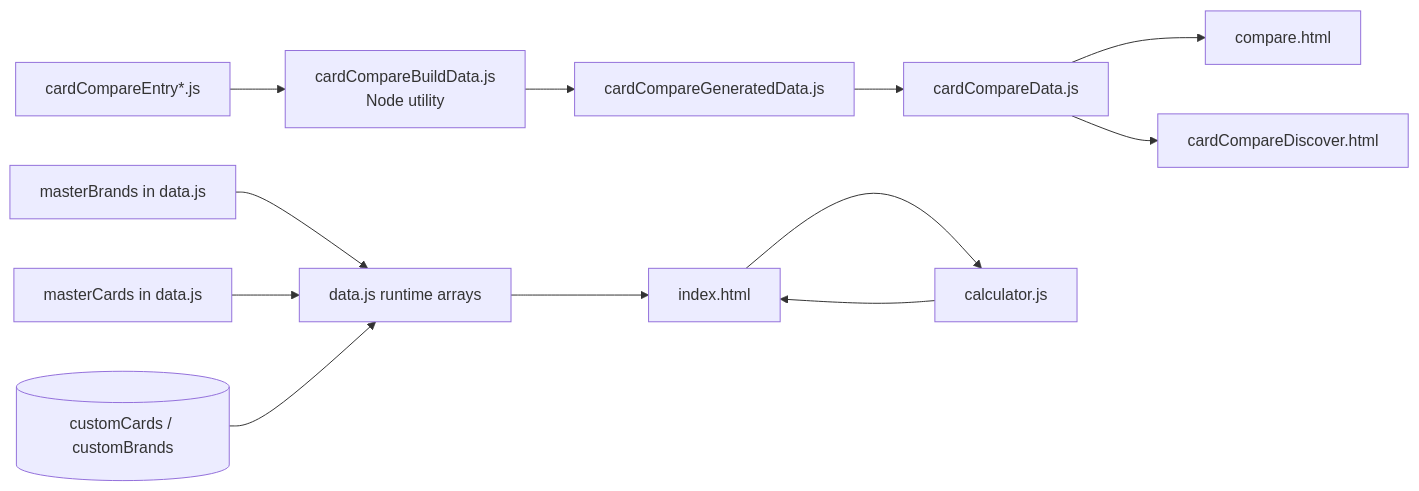
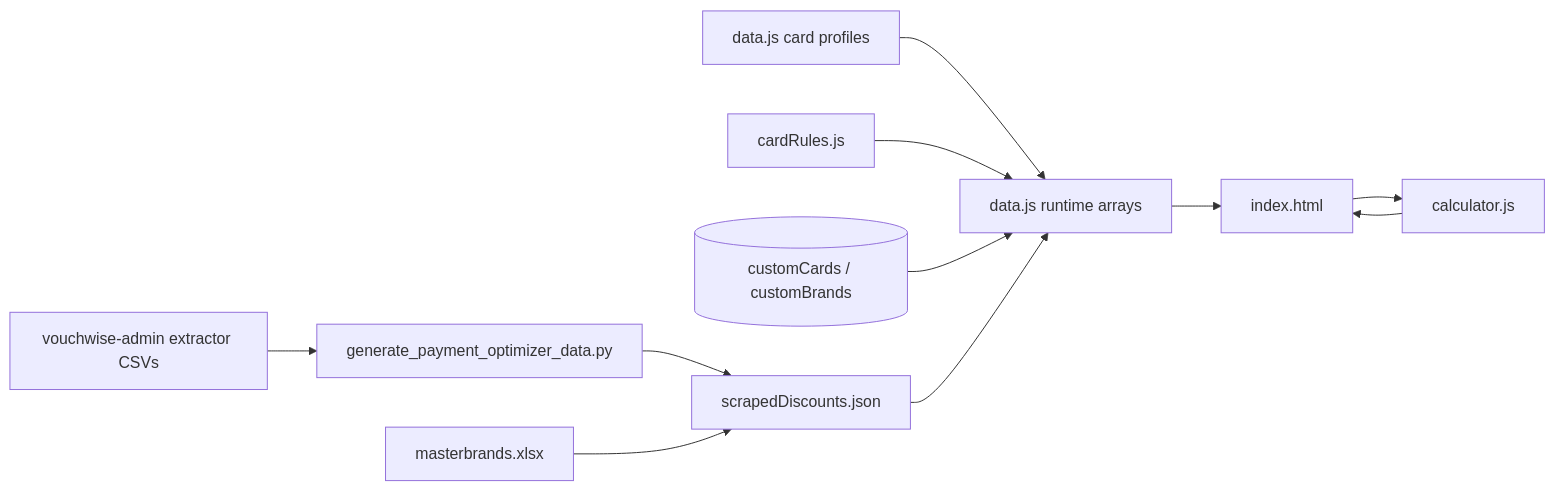
One commit to Ashwani07/voucher-discount-calculator changed the fifth of 12 diagrams in docs/RepositoryArchitecture.md. Above: the diagram before and after it, drawn with Mermaid. The commit also changed other lines of this file and 5 other files, not shown here.

Commit message:
Refine voucher reward calculations and pipeline reliability. Improve Amazon/Axis portal handling, cap disclosures, custom calculations, and architecture documentation. Remove unused scraped card data and obsolete card-comparison references.

````diff
--- a/docs/RepositoryArchitecture.md
+++ b/docs/RepositoryArchitecture.md
@@ -150,15 +119,13 @@
 ```mermaid
 flowchart LR
-    Entries[cardCompareEntry*.js] --> Build[cardCompareBuildData.js\nNode utility]
-    Build --> Generated[cardCompareGeneratedData.js]
-    Generated --> CompareData[cardCompareData.js]
-    CompareData --> CompareUI[compare.html]
-    CompareData --> DiscoverUI[cardCompareDiscover.html]
-
-    BuiltInBrands[masterBrands in data.js] --> Runtime[data.js runtime arrays]
-    BuiltInCards[masterCards in data.js] --> Runtime
+    Scrapers[vouchwise-admin extractor CSVs] --> Adapter[generate_payment_optimizer_data.py]
+    Adapter --> Catalog[scrapedDiscounts.json]
+    Master[masterbrands.xlsx] --> Catalog
+    StaticCards[data.js card profiles] --> Runtime[data.js runtime arrays]
+    Rules[cardRules.js] --> Runtime
     LocalStorage[(customCards / customBrands)] --> Runtime
+    Catalog --> Runtime
     Runtime --> MainUI[index.html]
     MainUI --> Calc[calculator.js]
     Calc --> MainUI
 ```
````
